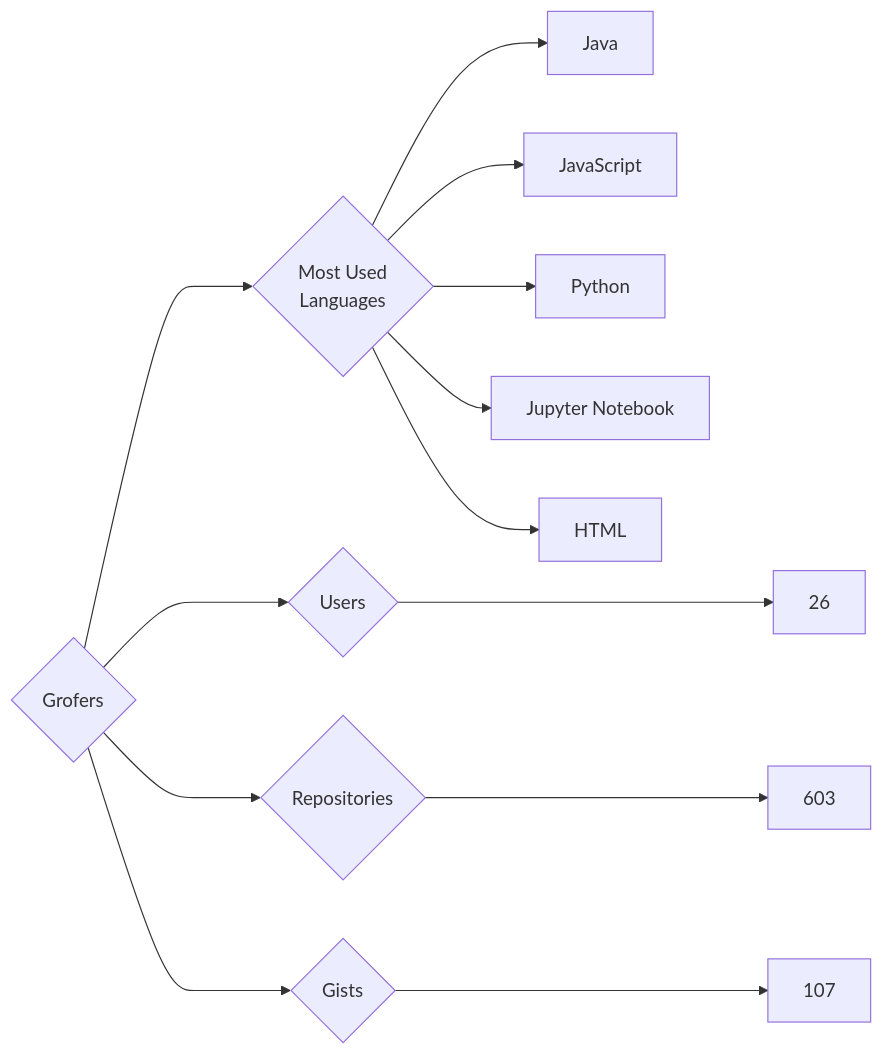
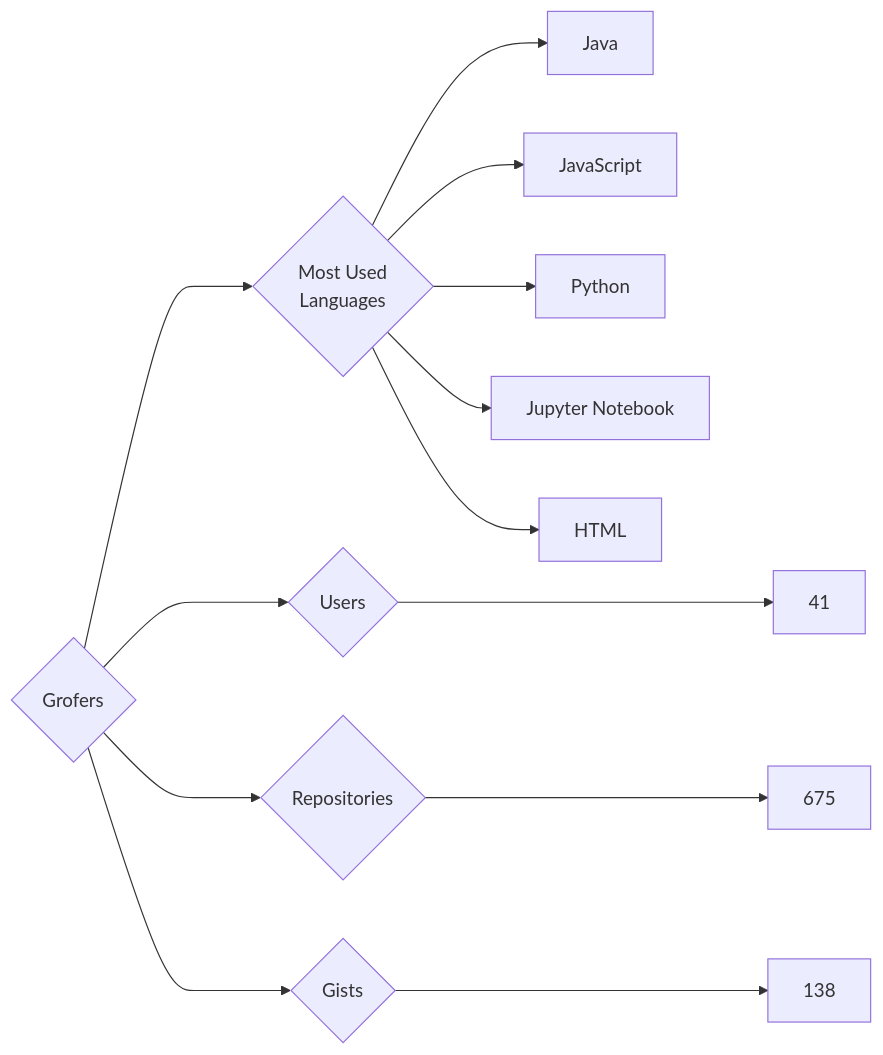
The diagram in targets/Grofers/README.md (trickest/insiders), drawn with Mermaid before and after one commit. The commit also changed 614 other files, not shown here.

````diff
--- a/targets/Grofers/README.md
+++ b/targets/Grofers/README.md
@@ -3,13 +3,13 @@
 ```mermaid
 graph LR
 COMPANY_NAME{Grofers}
-COMPANY_NAME ---> U{Users} ---> UN[26]
-COMPANY_NAME ---> R{Repositories} ---> RN[603]
-COMPANY_NAME ---> G{Gists} ---> GN[107]
+COMPANY_NAME ---> U{Users} ---> UN[41]
+COMPANY_NAME ---> R{Repositories} ---> RN[675]
+COMPANY_NAME ---> G{Gists} ---> GN[138]
 COMPANY_NAME ---> ML{Most Used<br>Languages}
 ML --> Java[Java]
 ML --> JavaScript[JavaScript]
 ML --> Python[Python]
 ML --> Jupyter_Notebook[Jupyter Notebook]
 ML --> HTML[HTML]
 ```
````
